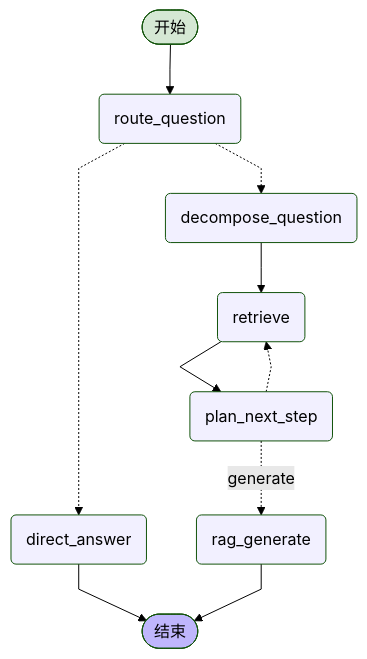
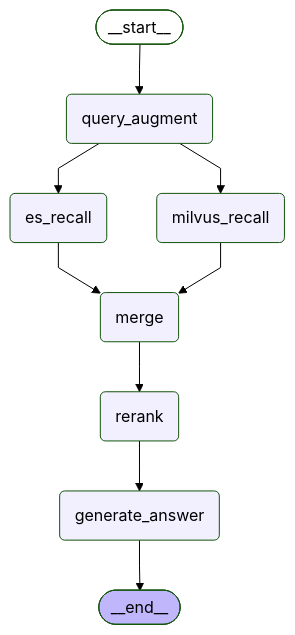
The second of 2 diagrams in ai/agent/agentic_rag/c.md (xz878787/workspace), drawn with Mermaid (forest theme) before and after one commit. The commit also changed other lines of this file, not shown here.

Commit message:
agentic_rag

````diff
--- a/ai/agent/agentic_rag/c.md
+++ b/ai/agent/agentic_rag/c.md
@@ -1,24 +126,24 @@
 ```mermaid
 %%{init: {'flowchart': {'curve': 'linear'}}}%%
 graph TD;
-    start([开始]):::first
-    route_question(route_question)
-    direct_answer(direct_answer)
-    decompose_question(decompose_question)
-    retrieve(retrieve)
-    plan_next_step(plan_next_step)
-    rag_generate(rag_generate)
-    finish([结束]):::last
-    start --> route_question;
-    decompose_question --> retrieve;
-    direct_answer --> finish;
-    rag_generate --> finish;
-    retrieve --> plan_next_step;
-    route_question -.-> direct_answer;
-    route_question -.-> decompose_question;
-    plan_next_step -.-> retrieve;
-    plan_next_step -. generate .-> rag_generate;
-    classDef default fill:#f2f0ff,line-height:1.2;
-    classDef first fill:#d5e8d4;
-    classDef last fill:#bfb6fc;
+        __start__([<p>__start__</p>]):::first 
+        query_augment(query_augment)
+        es_recall(es_recall)
+        milvus_recall(milvus_recall)
+        merge(merge)
+        rerank(rerank)
+        generate_answer(generate_answer)      
+        __end__([<p>__end__</p>]):::last      
+        __start__ --> query_augment;
+        es_recall --> merge;
+        merge --> rerank;
+        milvus_recall --> merge;
+        query_augment --> es_recall;
+        query_augment --> milvus_recall;      
+        rerank --> generate_answer;
+        generate_answer --> __end__;
+        classDef default fill:#f2f0ff,line-height:1.2;
+        classDef first fill-opacity:0;        
+        classDef last fill:#bfb6fc;
+
 ```
````
